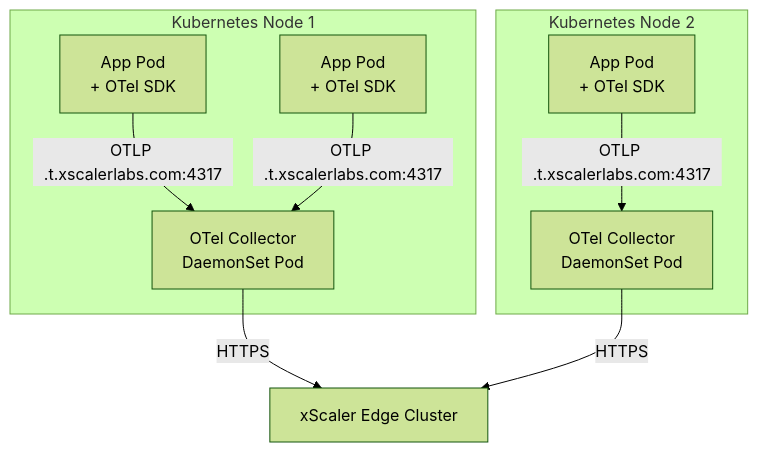
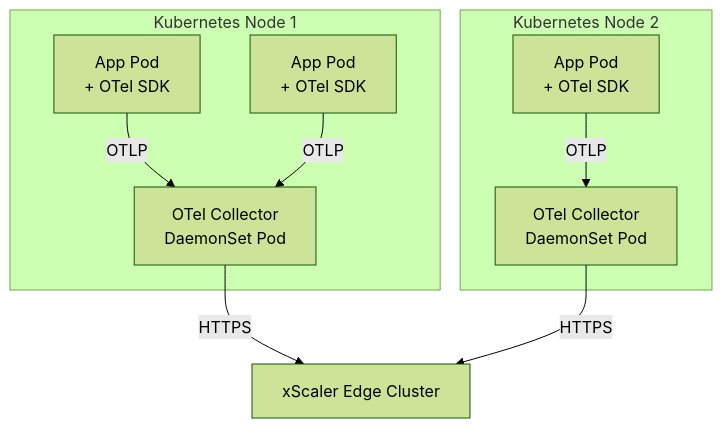
The second of 4 diagrams in docs/session-2/deployment-models.md (xscaler/training), drawn with Mermaid (forest theme) before and after one commit. The commit also changed 1 other file, not shown here.

Commit message:
fix: remove angle brackets from Mermaid edge labels
<edge> inside |pipe labels| breaks the Mermaid parser — the renderer
treats < and > as HTML tags and aborts. Replaced with plain |OTLP|.
Affected: session-2/deployment-models.md (3 labels), session-3/customer-workshop.md (1 label).

````diff
--- a/docs/session-2/deployment-models.md
+++ b/docs/session-2/deployment-models.md
@@ -64,12 +64,12 @@
 ```mermaid
 graph TB
     subgraph "Kubernetes Node 1"
-        APP1[App Pod\n+ OTel SDK] -->|OTLP <edge>.t.xscalerlabs.com:4317| COL1[OTel Collector\nDaemonSet Pod]
-        APP2[App Pod\n+ OTel SDK] -->|OTLP <edge>.t.xscalerlabs.com:4317| COL1
+        APP1[App Pod\n+ OTel SDK] -->|OTLP| COL1[OTel Collector\nDaemonSet Pod]
+        APP2[App Pod\n+ OTel SDK] -->|OTLP| COL1
     end
     subgraph "Kubernetes Node 2"
-        APP3[App Pod\n+ OTel SDK] -->|OTLP <edge>.t.xscalerlabs.com:4317| COL2[OTel Collector\nDaemonSet Pod]
+        APP3[App Pod\n+ OTel SDK] -->|OTLP| COL2[OTel Collector\nDaemonSet Pod]
     end
 
     COL1 & COL2 -->|HTTPS| XS[xScaler Edge Cluster]
 ```
````
